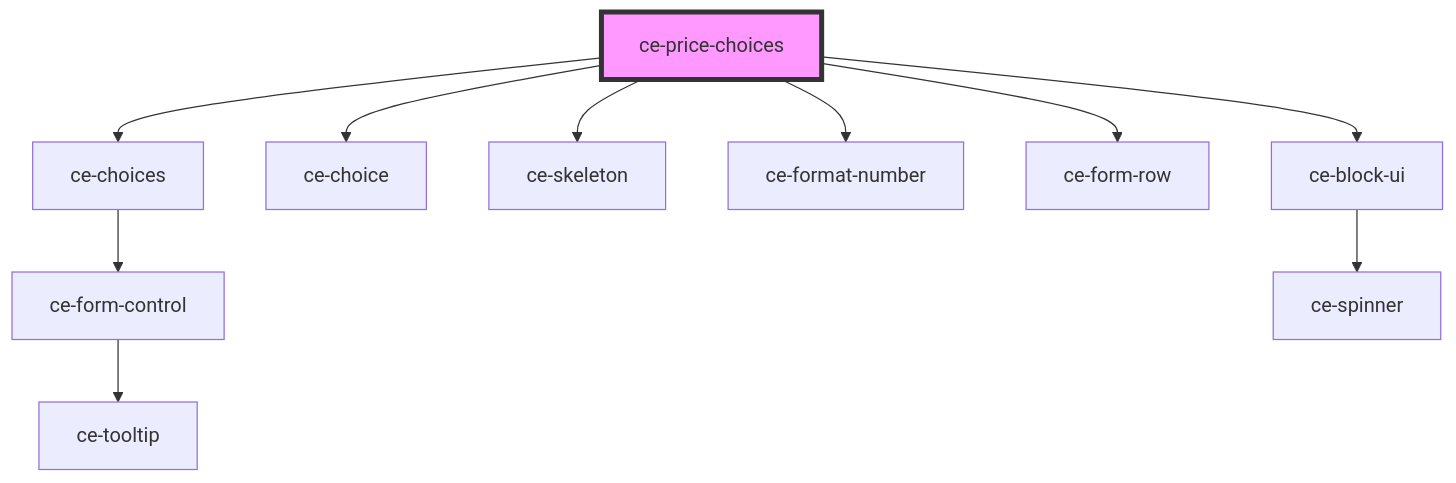
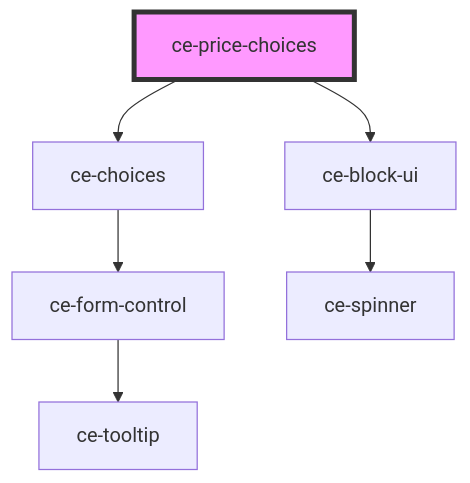
One commit to surecart/surecart-wp-plugin changed the diagram in packages/components/src/components/controllers/price-choices/readme.md. Above: the diagram before and after it, drawn with Mermaid. The commit also changed other lines of this file and 73 other files, not shown here.

````diff
--- a/packages/components/src/components/controllers/price-choices/readme.md
+++ b/packages/components/src/components/controllers/price-choices/readme.md
@@ -45,13 +25,9 @@
 ```mermaid
 graph TD;
   ce-price-choices --> ce-choices
-  ce-price-choices --> ce-choice
-  ce-price-choices --> ce-skeleton
-  ce-price-choices --> ce-format-number
-  ce-price-choices --> ce-form-row
   ce-price-choices --> ce-block-ui
   ce-choices --> ce-form-control
   ce-form-control --> ce-tooltip
   ce-block-ui --> ce-spinner
   style ce-price-choices fill:#f9f,stroke:#333,stroke-width:4px
 ```
````
